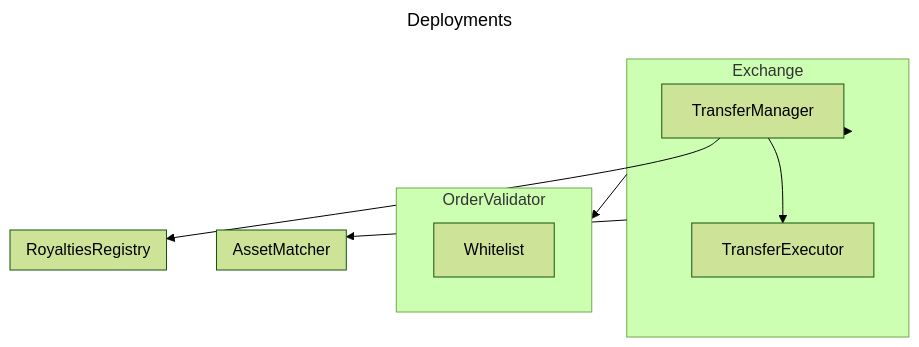
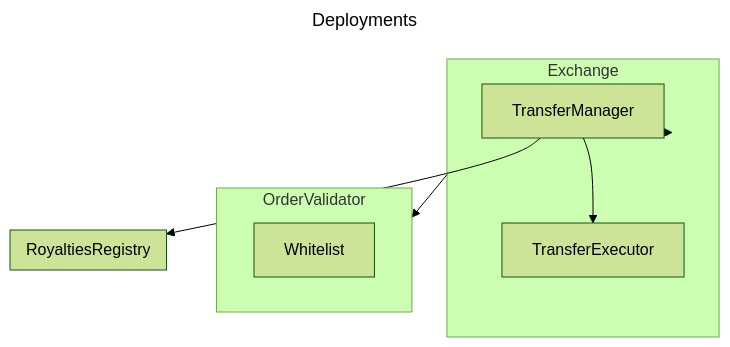
One commit to thesandboxgame/sandbox-smart-contracts changed the diagram in packages/marketplace/README.md. Above: the diagram before and after it, drawn with Mermaid (forest theme). The commit also changed other lines of this file and 6 other files, not shown here.

````diff
--- a/packages/marketplace/README.md
+++ b/packages/marketplace/README.md
@@ -37,23 +36,20 @@
 ```mermaid
 ---
 title: Deployments
 ---
 flowchart
 
 subgraph Exchange
    TransferManager
    TransferExecutor
 end
 subgraph OrderValidator
    Whitelist
 end
-subgraph AssetMatcher
-end
 subgraph RoyaltiesRegistry
 end   
 Exchange-->OrderValidator
-Exchange-->AssetMatcher
 Exchange-->TransferManager
 TransferManager-->TransferExecutor
 TransferManager-->RoyaltiesRegistry
 ```
````
